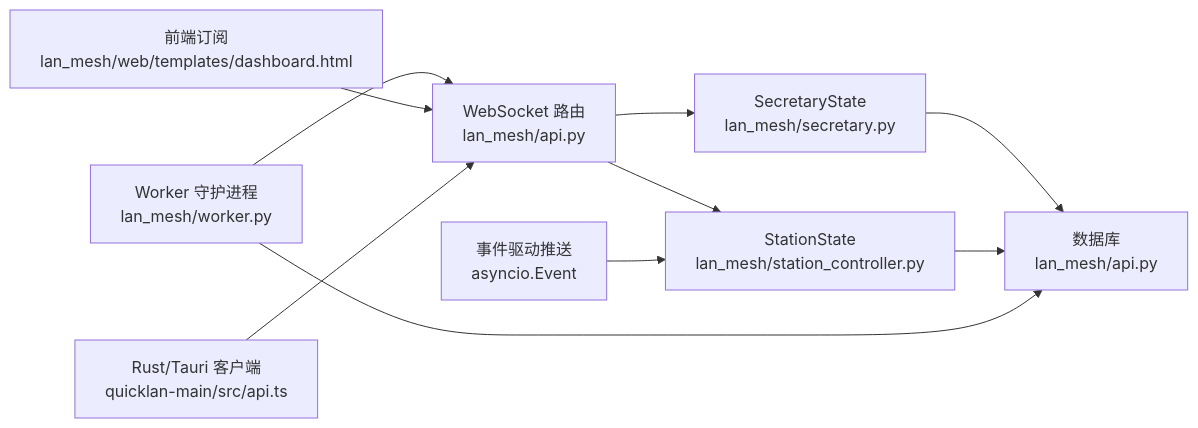
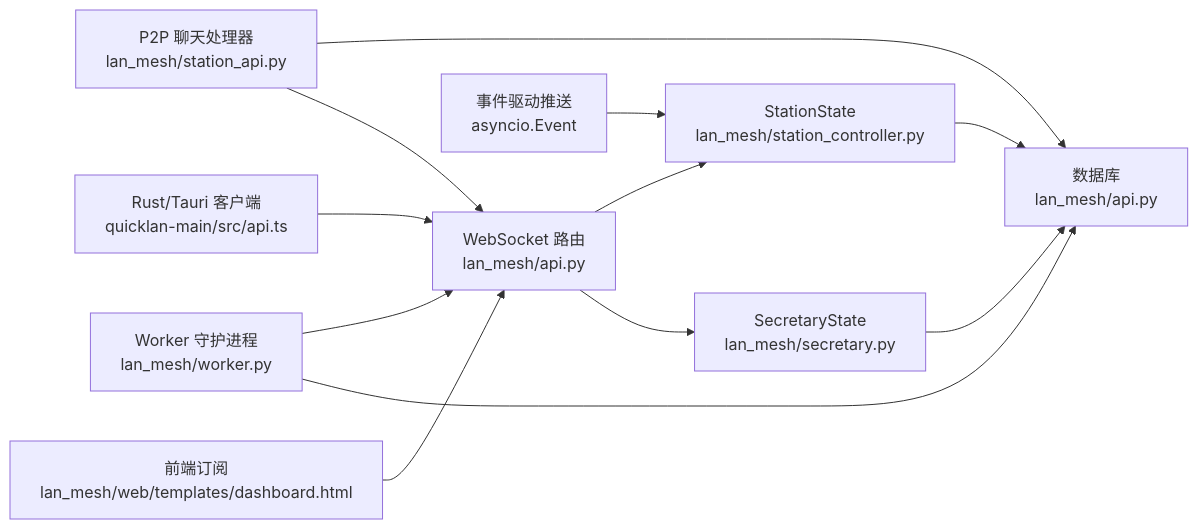
Before and after one commit to targalian/Personal-distributed-workstation: the third of 4 diagrams in .qoder/repowiki/zh/content/WebSocket 实时通信.md, drawn with Mermaid. The commit also changed other lines of this file and 145 other files, not shown here.

````diff
--- a/.qoder/repowiki/zh/content/WebSocket 实时通信.md
+++ b/.qoder/repowiki/zh/content/WebSocket 实时通信.md
@@ -260,12 +329,14 @@
 ```mermaid
 graph LR
 WS["WebSocket 路由<br/>lan_mesh/api.py"] --> SecState["SecretaryState<br/>lan_mesh/secretary.py"]
 WS --> StaState["StationState<br/>lan_mesh/station_controller.py"]
 SecState --> DB["数据库<br/>lan_mesh/api.py"]
 StaState --> DB
 Worker["Worker 守护进程<br/>lan_mesh/worker.py"] --> DB
 Worker --> WS
 UI["前端订阅<br/>lan_mesh/web/templates/dashboard.html"] --> WS
 Rust["Rust/Tauri 客户端<br/>quicklan-main/src/api.ts"] --> WS
 Event["事件驱动推送<br/>asyncio.Event"] --> StaState
+P2P["P2P 聊天处理器<br/>lan_mesh/station_api.py"] --> WS
+P2P --> DB
 ```
````
